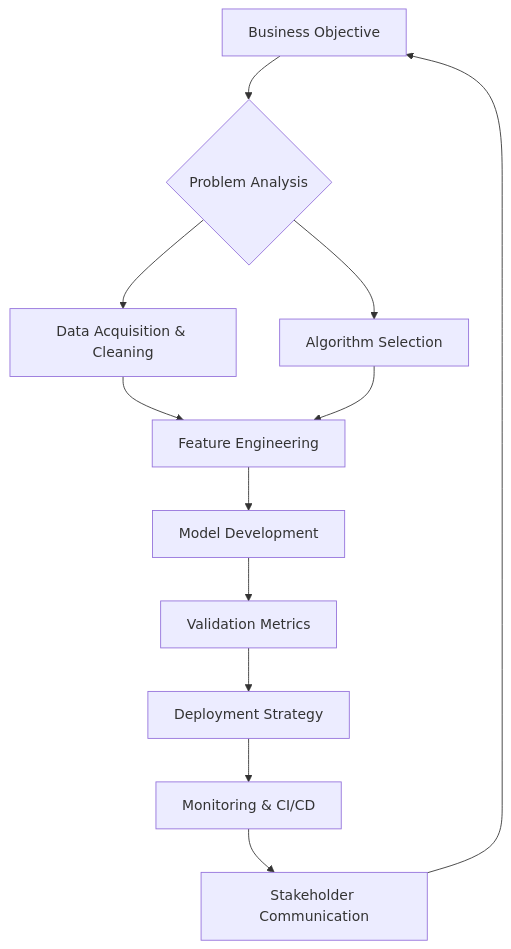
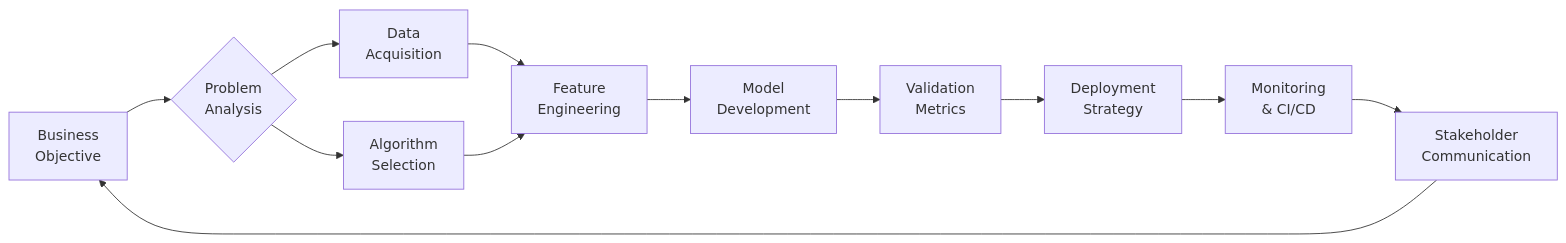
The diagram in README.md (MOHD-AFROZ-ALI/MOHD-AFROZ-ALI), drawn with Mermaid before and after one commit. The commit also changed other lines of this file, not shown here.

````diff
--- a/README.md
+++ b/README.md
@@ -118,14 +42,14 @@
 ```mermaid
-graph TD
-    A[Business Objective] --> B{Problem Analysis}
-    B --> C[Data Acquisition & Cleaning]
-    B --> D[Algorithm Selection]
-    C --> E[Feature Engineering]
+graph LR
+    A[Business<br>Objective] --> B{Problem<br>Analysis}
+    B --> C[Data<br>Acquisition]
+    B --> D[Algorithm<br>Selection]
+    C --> E[Feature<br>Engineering]
     D --> E
-    E --> F[Model Development]
-    F --> G[Validation Metrics]
-    G --> H[Deployment Strategy]
-    H --> I[Monitoring & CI/CD]
-    I --> J[Stakeholder Communication]
+    E --> F[Model<br>Development]
+    F --> G[Validation<br>Metrics]
+    G --> H[Deployment<br>Strategy]
+    H --> I[Monitoring<br>& CI/CD]
+    I --> J[Stakeholder<br>Communication]
     J --> A
 ```
````
